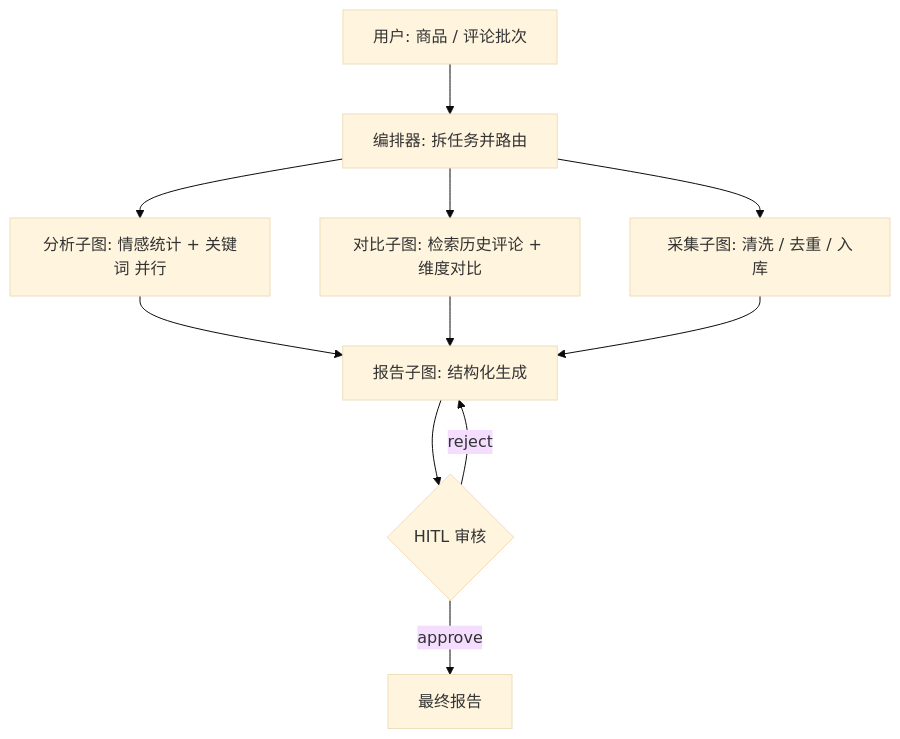
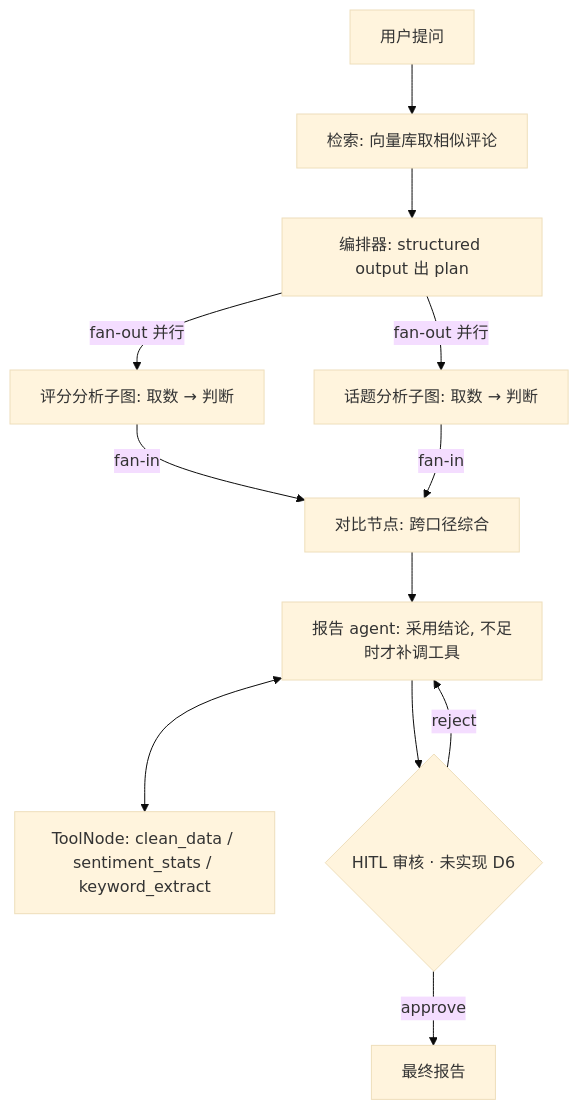
One commit to dennis2518138-cmd/reviewlens changed the diagram in README.md. Above: the diagram before and after it, drawn with Mermaid (base theme). The commit also changed other lines of this file and 4 other files, not shown here.

Commit message:
D5: 编排器 + 评分/话题子图并行 + fan-in 对比；worker 结论回灌报告节点（工具调用归零）

````diff
--- a/README.md
+++ b/README.md
@@ -15,13 +15,14 @@
 ```mermaid
 flowchart TD
-    U[用户: 商品 / 评论批次] --> O[编排器: 拆任务并路由]
-    O --> I[采集子图: 清洗 / 去重 / 入库]
-    O --> A[分析子图: 情感统计 + 关键词 并行]
-    O --> C[对比子图: 检索历史评论 + 维度对比]
-    A --> R[报告子图: 结构化生成]
-    C --> R
-    I --> R
-    R --> H{HITL 审核}
+    U[用户提问] --> RE[检索: 向量库取相似评论]
+    RE --> O[编排器: structured output 出 plan]
+    O -->|fan-out 并行| A[评分分析子图: 取数 → 判断]
+    O -->|fan-out 并行| B[话题分析子图: 取数 → 判断]
+    A -->|fan-in| C[对比节点: 跨口径综合]
+    B -->|fan-in| C
+    C --> R[报告 agent: 采用结论, 不足时才补调工具]
+    R <--> T[ToolNode: clean_data / sentiment_stats / keyword_extract]
+    R --> H{HITL 审核 · 未实现 D6}
     H -->|approve| OUT[最终报告]
     H -->|reject| R
 ```
````
